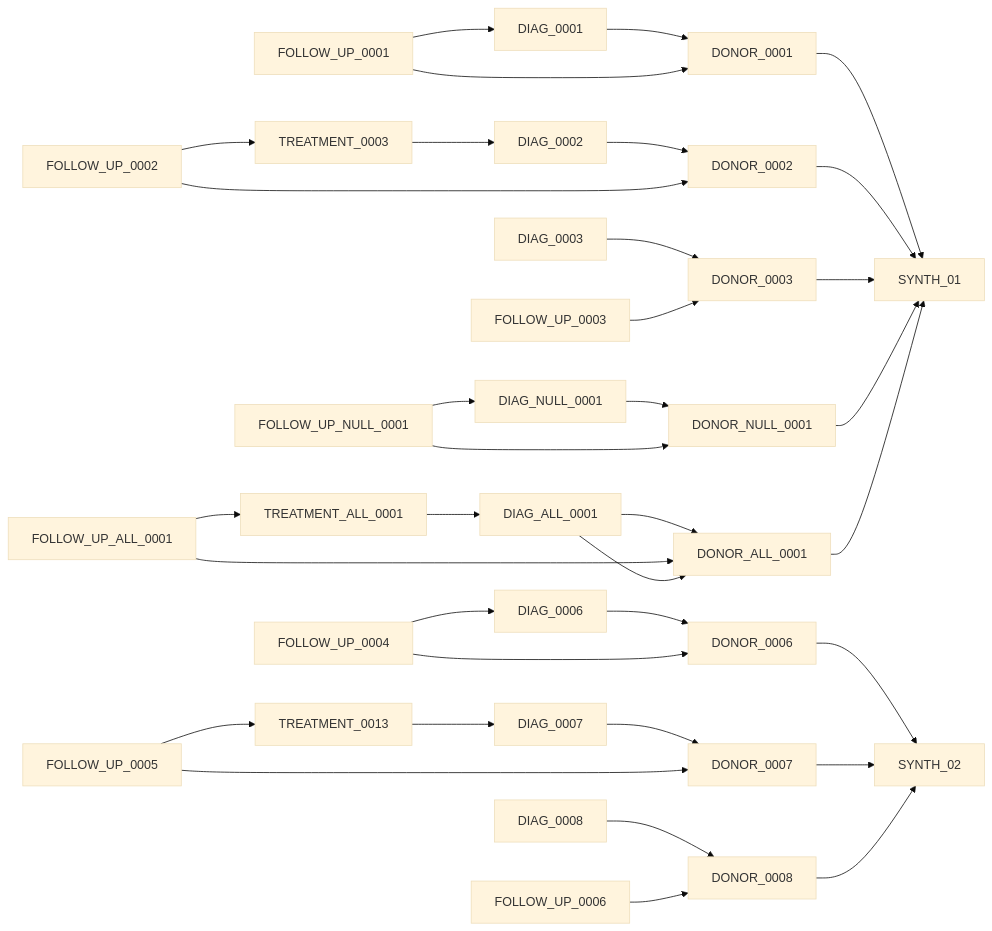
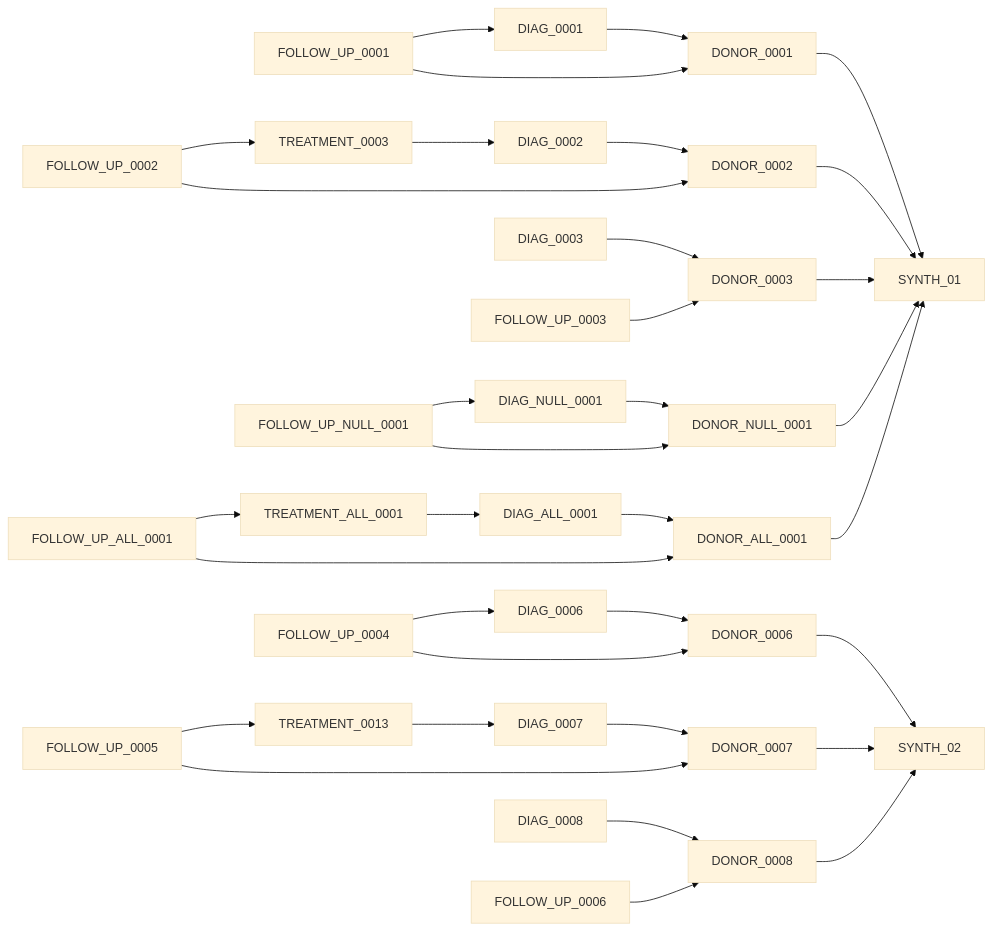
Before and after one commit to CanDIG/katsu: the eighth of 9 diagrams in chord_metadata_service/mohpackets/data/extra_small_dataset/README.md, drawn with Mermaid (base theme). The commit also changed other lines of this file, not shown here.

````diff
--- a/chord_metadata_service/mohpackets/data/extra_small_dataset/README.md
+++ b/chord_metadata_service/mohpackets/data/extra_small_dataset/README.md
@@ -114,29 +114,29 @@
 ```mermaid
 graph LR;  
   DIAG_0001 --> DONOR_0001 --> SYNTH_01;
   DIAG_0002 --> DONOR_0002 --> SYNTH_01;
   DIAG_0003 --> DONOR_0003 --> SYNTH_01;
   FOLLOW_UP_0001 --> DONOR_0001;
   FOLLOW_UP_0001 --> DIAG_0001;
   FOLLOW_UP_0002 --> DONOR_0002;
   FOLLOW_UP_0002 --> TREATMENT_0003 --> DIAG_0002;
   FOLLOW_UP_0003 --> DONOR_0003;
   
   DIAG_0006 --> DONOR_0006 --> SYNTH_02;
   DIAG_0007 --> DONOR_0007 --> SYNTH_02;
   DIAG_0008 --> DONOR_0008 --> SYNTH_02;
   FOLLOW_UP_0004 --> DONOR_0006;
   FOLLOW_UP_0004 --> DIAG_0006;
   FOLLOW_UP_0005 --> TREATMENT_0013 --> DIAG_0007;
   FOLLOW_UP_0005 --> DONOR_0007;
   FOLLOW_UP_0006 --> DONOR_0008;
   
   DIAG_NULL_0001 --> DONOR_NULL_0001 --> SYNTH_01;
   DIAG_ALL_0001 --> DONOR_ALL_0001 --> SYNTH_01;
   FOLLOW_UP_NULL_0001 --> DONOR_NULL_0001;
   FOLLOW_UP_NULL_0001 --> DIAG_NULL_0001;
   FOLLOW_UP_ALL_0001 --> DONOR_ALL_0001;
   FOLLOW_UP_ALL_0001 --> TREATMENT_ALL_0001;
-  TREATMENT_ALL_0001 --> DIAG_ALL_0001 --> DONOR_ALL_0001;
+  TREATMENT_ALL_0001 --> DIAG_ALL_0001;
   
 ```
````
